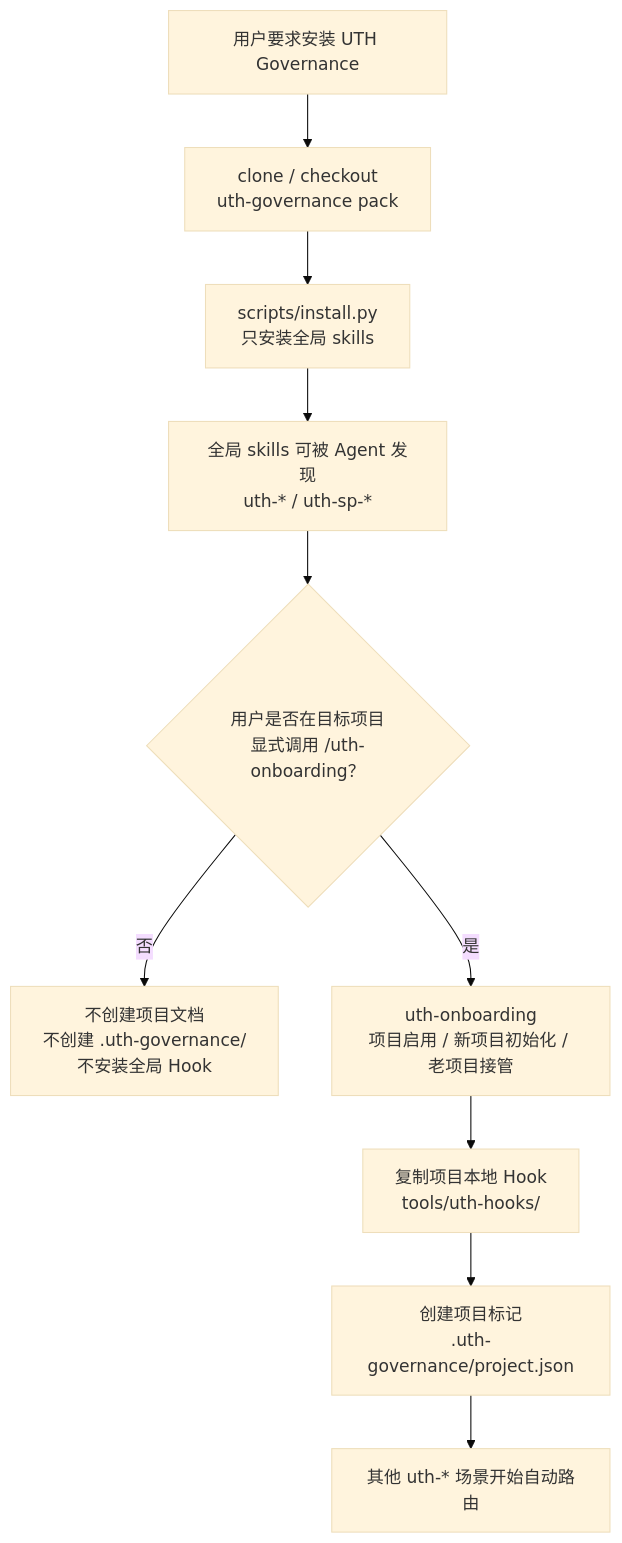
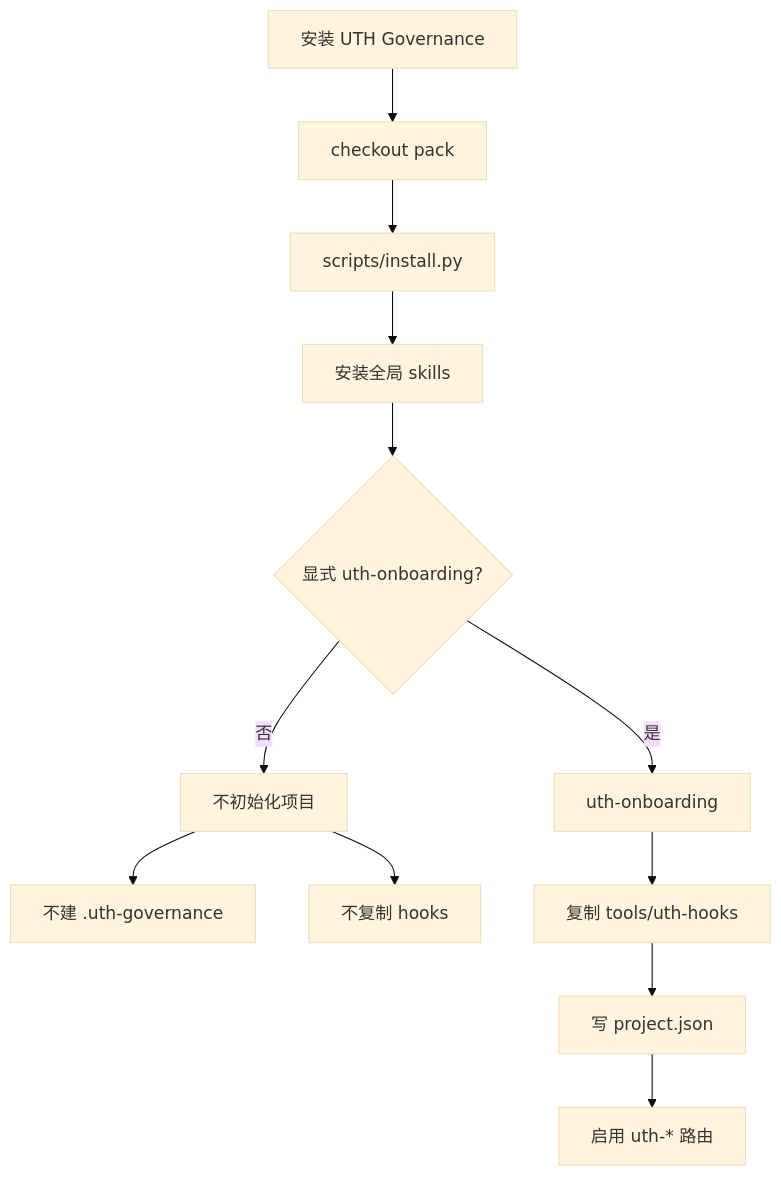
The first of 7 diagrams in docs/FLOW_全链路流程图.md (undertaker33/uth-governance), drawn with Mermaid (base theme) before and after one commit. The commit also changed other lines of this file and 3 other files, not shown here.

````diff
--- a/docs/FLOW_全链路流程图.md
+++ b/docs/FLOW_全链路流程图.md
@@ -9,12 +5,14 @@
 ```mermaid
 flowchart TD
-    A["用户要求安装 UTH Governance"] --> B["clone / checkout<br/>uth-governance pack"]
-    B --> C["scripts/install.py<br/>只安装全局 skills"]
-    C --> D["全局 skills 可被 Agent 发现<br/>uth-* / uth-sp-*"]
-    D --> E{"用户是否在目标项目<br/>显式调用 /uth-onboarding？"}
-    E -- "否" --> F["不创建项目文档<br/>不创建 .uth-governance/<br/>不安装全局 Hook"]
-    E -- "是" --> G["uth-onboarding<br/>项目启用 / 新项目初始化 / 老项目接管"]
-    G --> H["复制项目本地 Hook<br/>tools/uth-hooks/"]
-    H --> I["创建项目标记<br/>.uth-governance/project.json"]
-    I --> J["其他 uth-* 场景开始自动路由"]
+    A["安装 UTH Governance"] --> B["checkout pack"]
+    B --> C["scripts/install.py"]
+    C --> D["安装全局 skills"]
+    D --> E{"显式 uth-onboarding?"}
+    E -- "否" --> F["不初始化项目"]
+    F --> F1["不建 .uth-governance"]
+    F --> F2["不复制 hooks"]
+    E -- "是" --> G["uth-onboarding"]
+    G --> H["复制 tools/uth-hooks"]
+    H --> I["写 project.json"]
+    I --> J["启用 uth-* 路由"]
 ```
````
